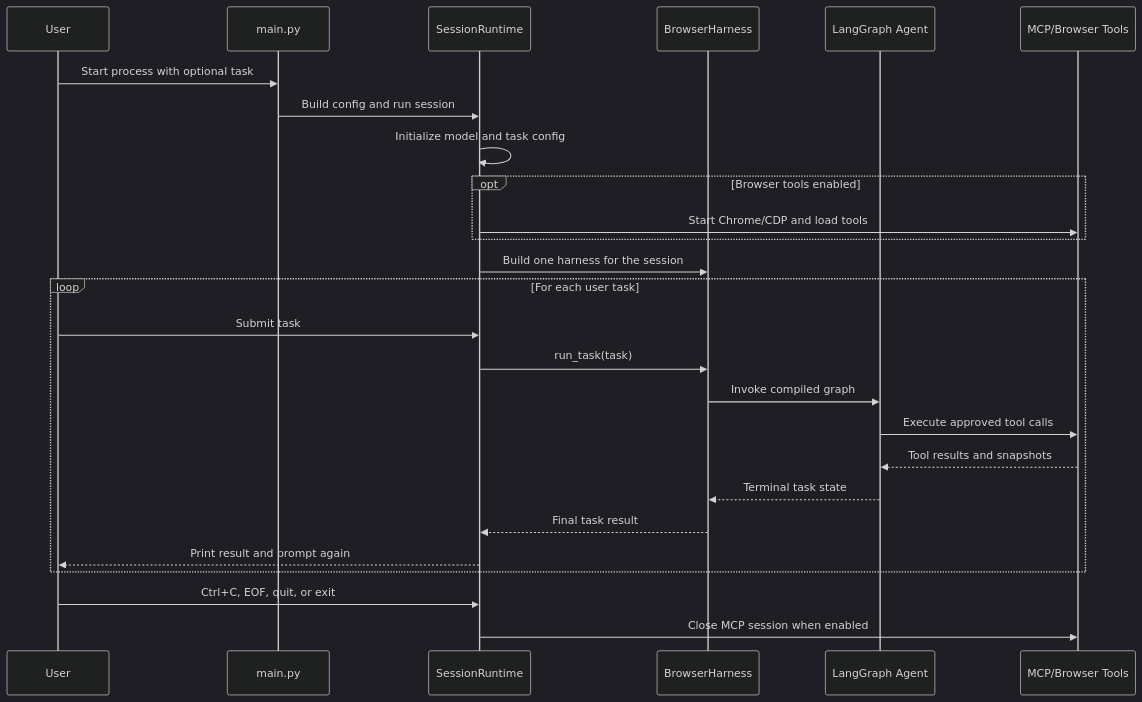
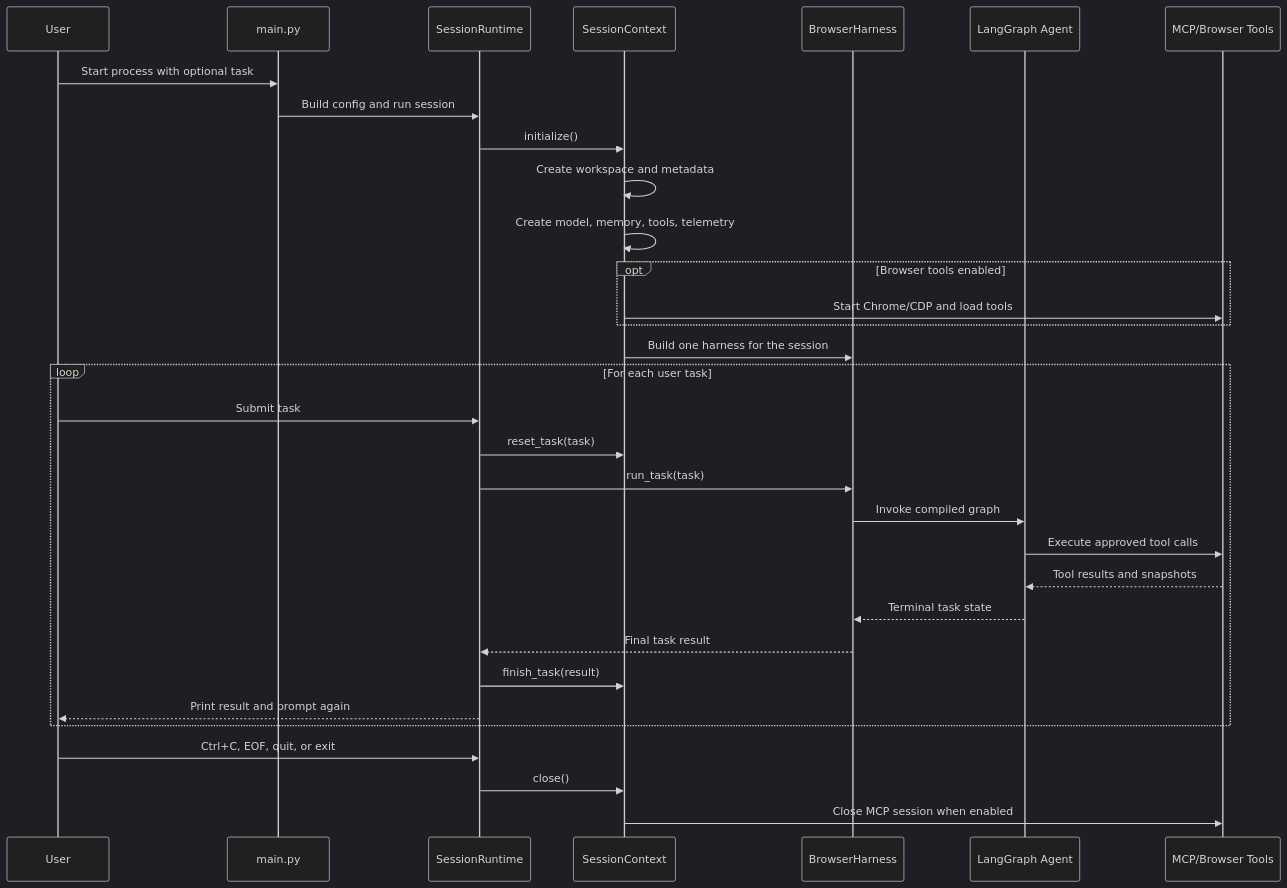
The diagram in docs/diagrams/session-runtime-sequence.md (Hastur456/AutoBrowser), drawn with Mermaid (dark theme) before and after one commit. The commit also changed 12 other files, not shown here.

First line of the commit message:
feat(harness): add session context root object

````diff
--- a/docs/diagrams/session-runtime-sequence.md
+++ b/docs/diagrams/session-runtime-sequence.md
@@ -7,29 +7,35 @@
 ```mermaid
 sequenceDiagram
   participant User
   participant CLI as main.py
   participant Session as SessionRuntime
+  participant Context as SessionContext
   participant Harness as BrowserHarness
   participant Agent as LangGraph Agent
   participant MCP as MCP/Browser Tools
 
   User->>CLI: Start process with optional task
   CLI->>Session: Build config and run session
-  Session->>Session: Initialize model and task config
+  Session->>Context: initialize()
+  Context->>Context: Create workspace and metadata
+  Context->>Context: Create model, memory, tools, telemetry
   opt Browser tools enabled
-    Session->>MCP: Start Chrome/CDP and load tools
+    Context->>MCP: Start Chrome/CDP and load tools
   end
-  Session->>Harness: Build one harness for the session
+  Context->>Harness: Build one harness for the session
   loop For each user task
     User->>Session: Submit task
+    Session->>Context: reset_task(task)
     Session->>Harness: run_task(task)
     Harness->>Agent: Invoke compiled graph
     Agent->>MCP: Execute approved tool calls
     MCP-->>Agent: Tool results and snapshots
     Agent-->>Harness: Terminal task state
     Harness-->>Session: Final task result
+    Session->>Context: finish_task(result)
     Session-->>User: Print result and prompt again
   end
   User->>Session: Ctrl+C, EOF, quit, or exit
-  Session->>MCP: Close MCP session when enabled
+  Session->>Context: close()
+  Context->>MCP: Close MCP session when enabled
 ```
````
